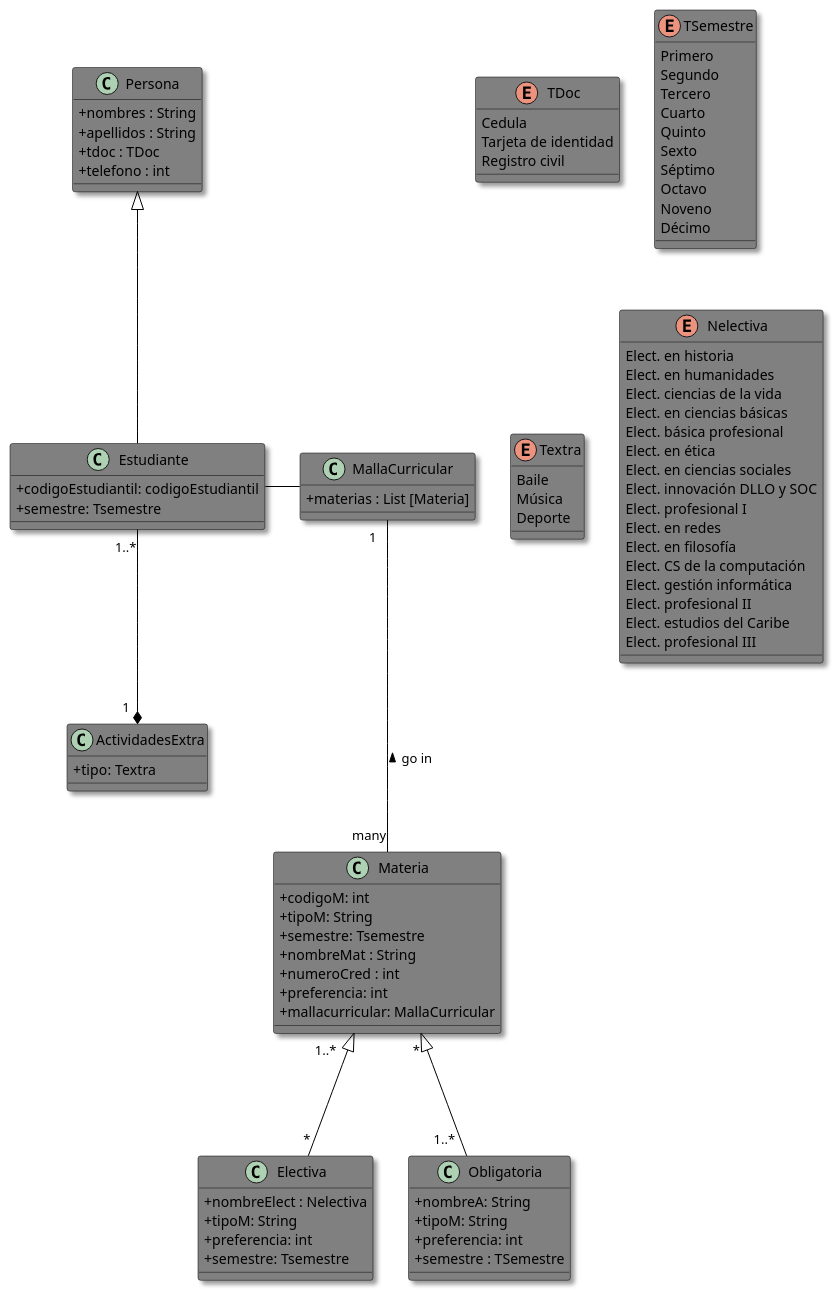
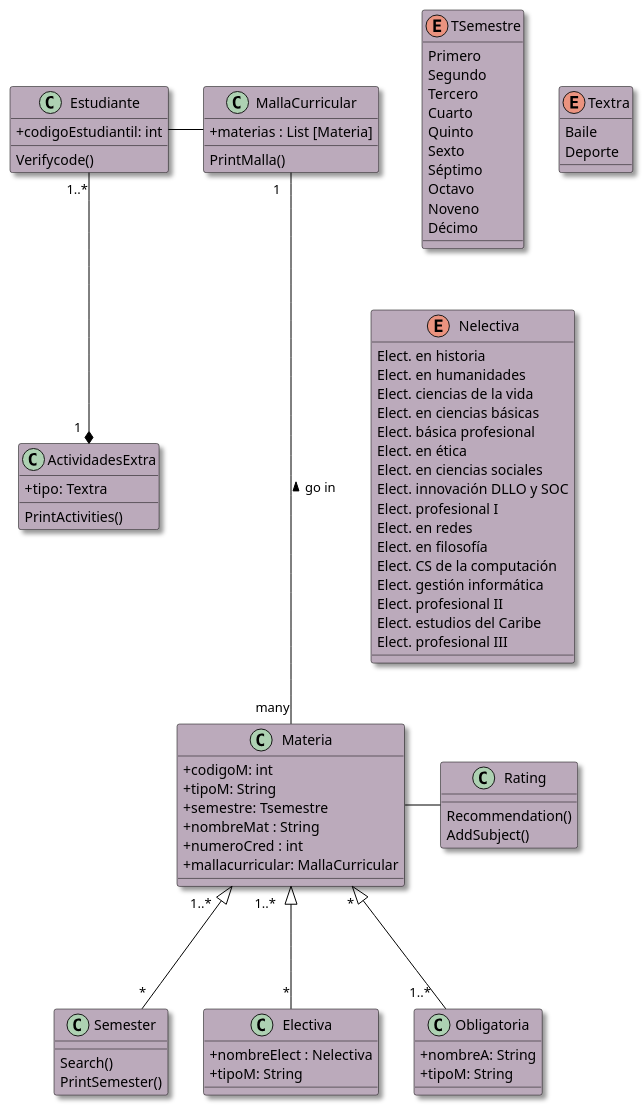
One commit to ana03ap/iPensum changed the diagram in Diagrama_code.puml. Above: the diagram before and after it, drawn with PlantUML.

Commit message:
Interfaces nuevas

```diff
--- a/Diagrama_code.puml
+++ b/Diagrama_code.puml
@@ -1,116 +1,113 @@
-@startuml "Intento"
+@startuml "UML Project"
 
 skinparam monochrome flase 
 skinparam handwritten false 
 skinparam shadowing true
 skinparam StereotypeABackgroundColor true
 skinparam classAttributeIconSize 0
 
 skinparam class{
     
-    BackgroundColor Gray
+    BackgroundColor bab
     BorderColor Black
     ArrowColor Black
 }
 
-class Persona {
-+ nombres : String 
-+ apellidos : String
-+ tdoc : TDoc 
-+ telefono : int
+
+class Estudiante {
++ codigoEstudiantil: int 
+Verifycode()
 }
 
-class Estudiante {
-+ codigoEstudiantil: codigoEstudiantil
-+ semestre: Tsemestre
-}
-
-class MallaCurricular { 
-+ materias : List [Materia]
-}
 
 class Materia {
 + codigoM: int 
 + tipoM: String  
 + semestre: Tsemestre
 + nombreMat : String
 + numeroCred : int
-+ preferencia: int 
 + mallacurricular: MallaCurricular
 }
 
+Class MallaCurricular { 
++ materias : List [Materia]
+PrintMalla()
+}
 
-class Electiva { 
+Class Semester {
+
+Search()
+PrintSemester()
+}
+
+
+Class Electiva { 
 + nombreElect : Nelectiva
 + tipoM: String
-+ preferencia: int
-+ semestre: Tsemestre
 }
 
 Class Obligatoria {
 + nombreA: String 
 + tipoM: String
-+ preferencia: int
-+ semestre : TSemestre
 }
 
 Class ActividadesExtra {
-+ tipo: Textra
++ tipo: Textra 
+PrintActivities()
 }
 
-enum TDoc {
-    Cedula 
-    Tarjeta de identidad
-    Registro civil 
+Class Rating {
+Recommendation()
+AddSubject()
 }
-
 enum TSemestre {
     Primero
     Segundo 
     Tercero
     Cuarto
     Quinto
     Sexto
     Séptimo
     Octavo 
     Noveno 
     Décimo
 }
 
 enum Textra {
     Baile
-    Música
     Deporte
 }
 
 enum Nelectiva {
 
     Elect. en historia
     Elect. en humanidades 
     Elect. ciencias de la vida
     Elect. en ciencias básicas
     Elect. básica profesional 
     Elect. en ética
     Elect. en ciencias sociales
     Elect. innovación DLLO y SOC
     Elect. profesional I 
     Elect. en redes 
     Elect. en filosofía
     Elect. CS de la computación 
     Elect. gestión informática
     Elect. profesional II
     Elect. estudios del Caribe
     Elect. profesional III
 
 }
 
 
 Estudiante - MallaCurricular
 MallaCurricular " 1   "--- "many" Materia :  < go in 
 Materia "  * " <|--- "  1..*  " Obligatoria
 Materia "1..*    " <|--- "   *" Electiva
-Persona <|-- Estudiante
+Materia "1..*    " <|--- "   *" Semester
 Estudiante "1..*" --* "1  " ActividadesExtra
+Materia - Rating
+
 
 
 @enduml
```
